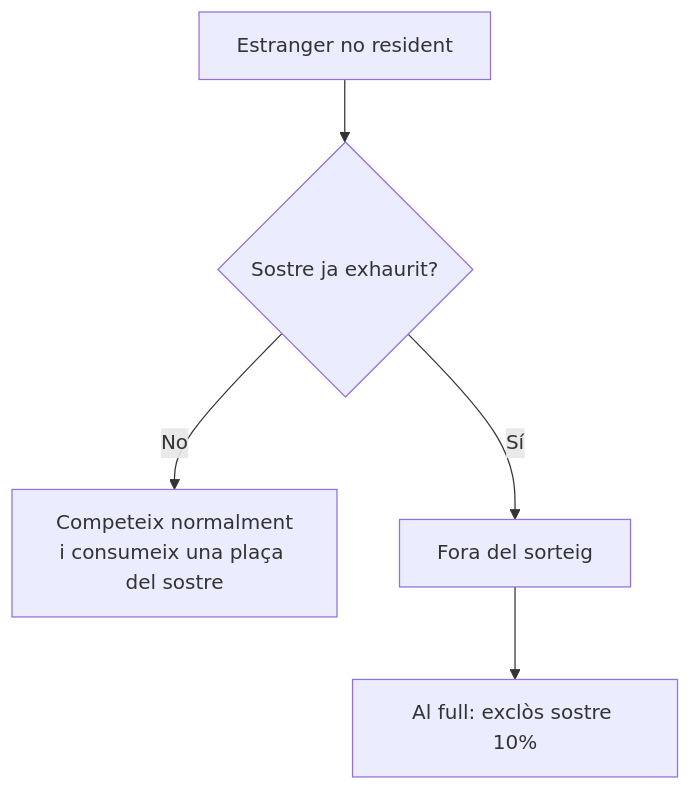
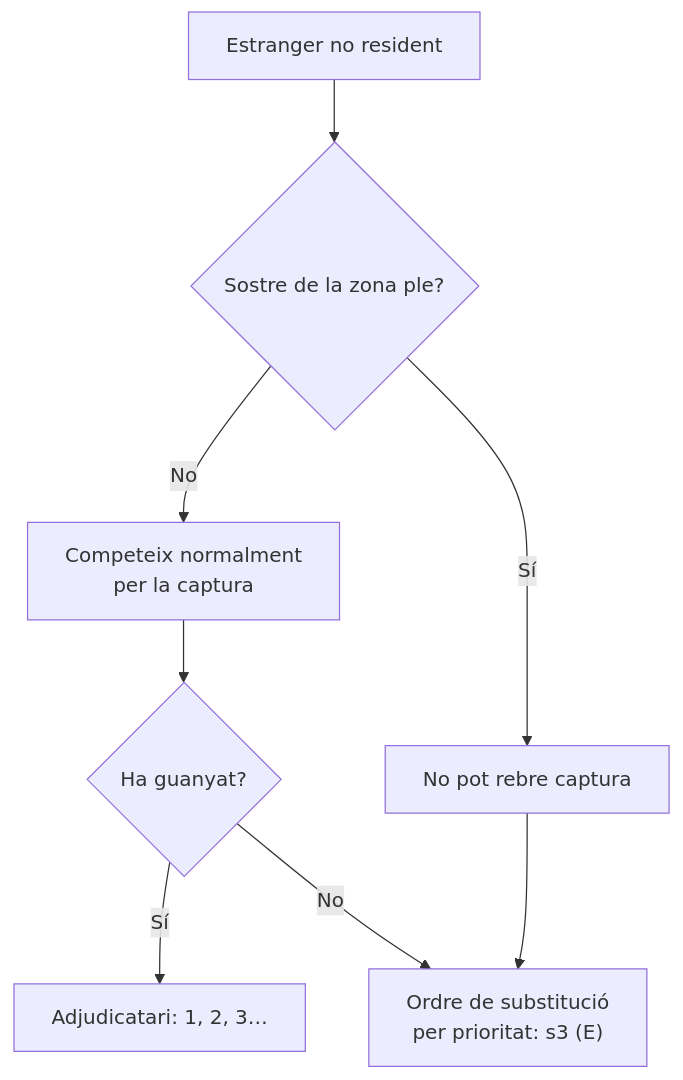
One commit to jordiordonez/sorteig_fauna changed the sixth of 7 diagrams in manual.md. Above: the diagram before and after it, drawn with Mermaid. The commit also changed other lines of this file and 7 other files, not shown here.

````diff
--- a/manual.md
+++ b/manual.md
@@ -366,7 +430,10 @@
 ```mermaid
 flowchart TD
-    A["Estranger no resident"] --> B{"Sostre ja exhaurit?"}
-    B -->|No| C["Competeix normalment<br/>i consumeix una plaça del sostre"]
-    B -->|Sí| D["Fora del sorteig"]
-    D --> E["Al full: exclòs sostre 10%"]
+    A["Estranger no resident"] --> B{"Sostre de la zona ple?"}
+    B -->|No| C["Competeix normalment<br/>per la captura"]
+    B -->|Sí| D["No pot rebre captura"]
+    C --> E{"Ha guanyat?"}
+    E -->|Sí| F["Adjudicatari: 1, 2, 3…"]
+    E -->|No| G["Ordre de substitució<br/>per prioritat: s3 (E)"]
+    D --> G
 ```
````
